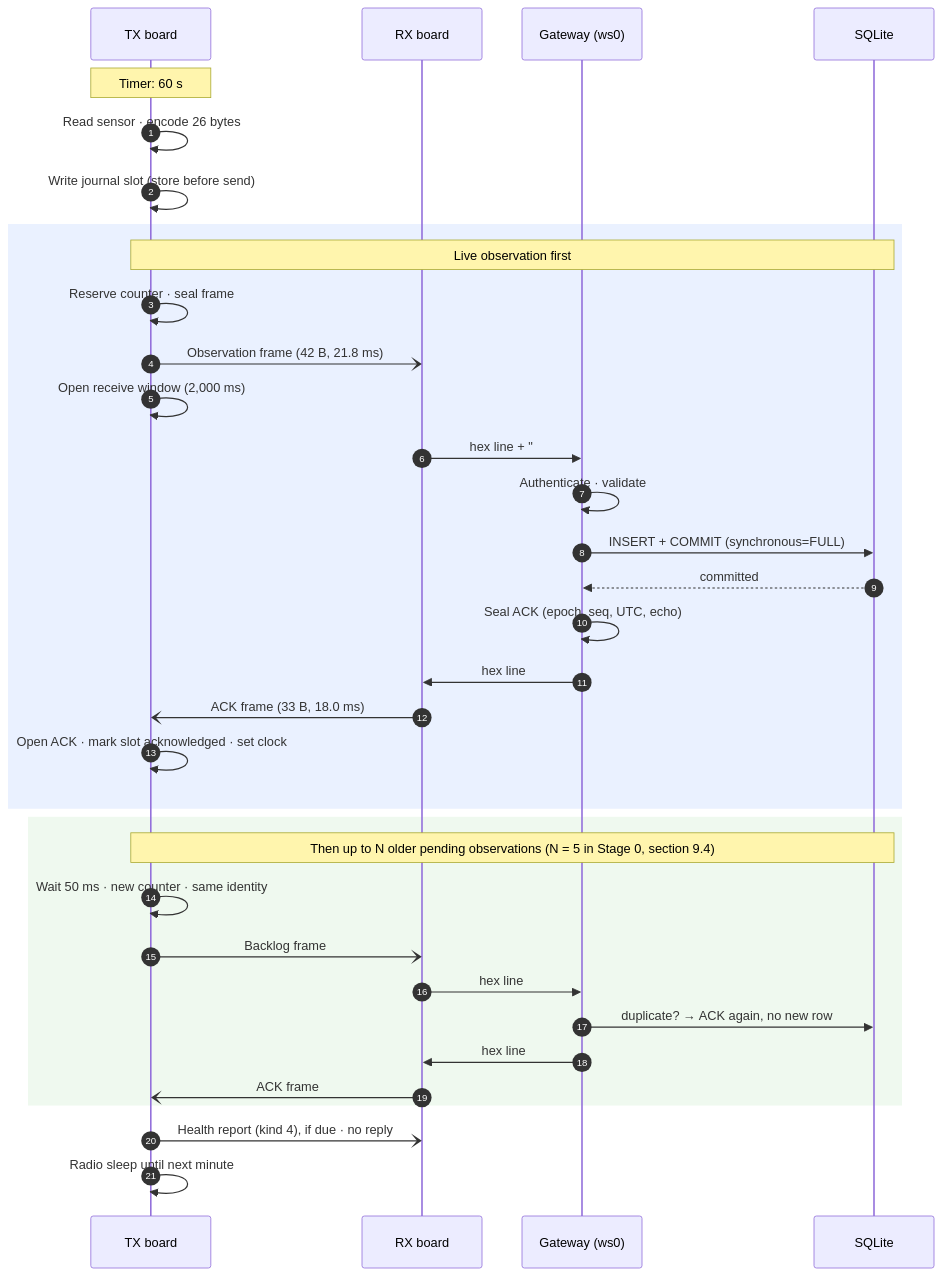
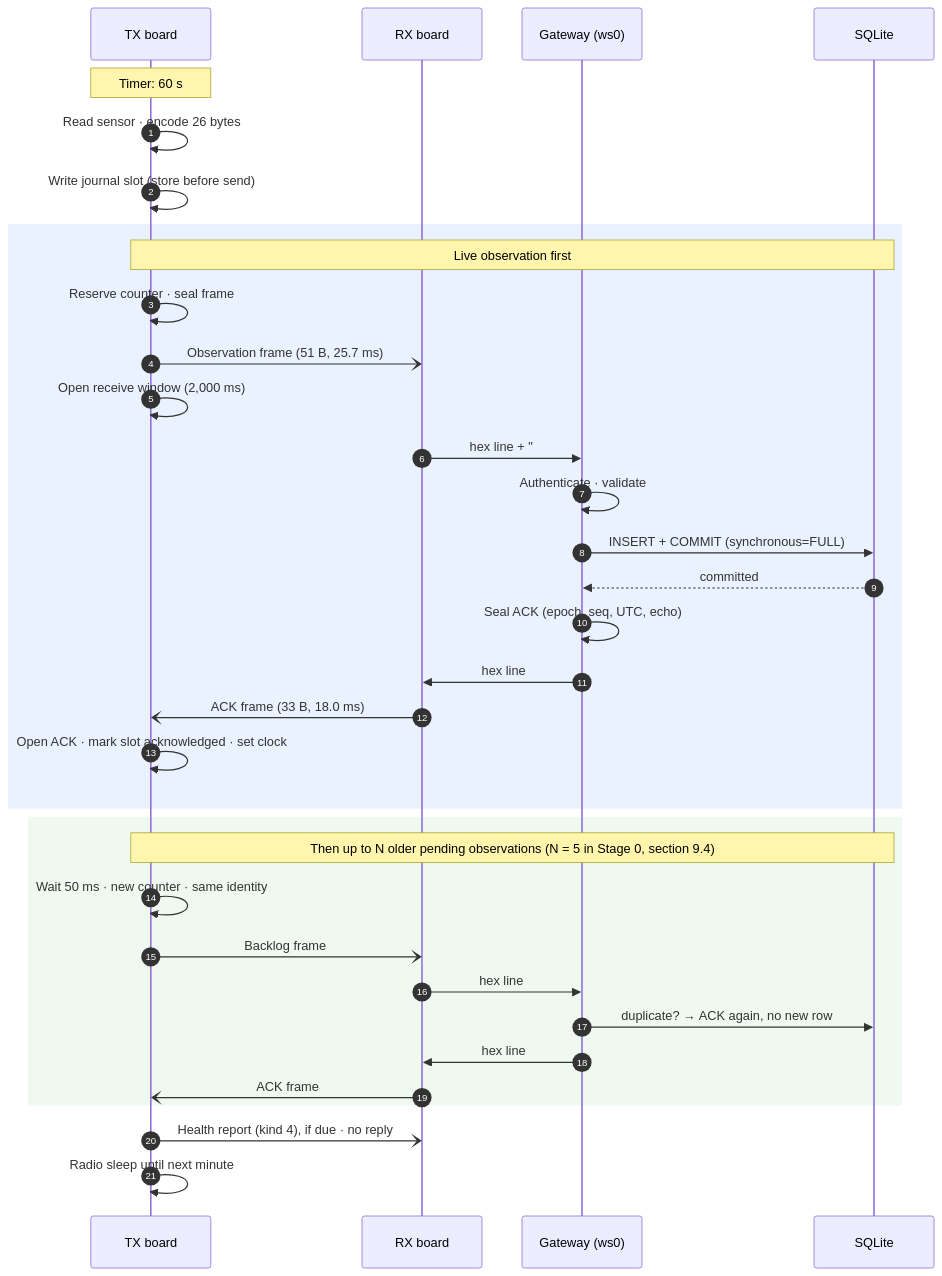
Before and after one commit to clintecker/weather-station-2026: the sixth of 11 diagrams in docs/protocol-stack.md, drawn with Mermaid. The commit also changed other lines of this file and 7 other files, not shown here.

First line of the commit message:
docs: the T/RH observation frame is 51 bytes (with the minute summary), not 42

````diff
--- a/docs/protocol-stack.md
+++ b/docs/protocol-stack.md
@@ -501,36 +501,36 @@
 ```mermaid
 sequenceDiagram
   autonumber
   participant TX as TX board
   participant RX as RX board
   participant GW as Gateway (ws0)
   participant DB as SQLite
   Note over TX: Timer: 60 s
   TX->>TX: Read sensor · encode 26 bytes
   TX->>TX: Write journal slot (store before send)
   rect rgba(80,140,255,0.12)
   Note over TX,DB: Live observation first
   TX->>TX: Reserve counter · seal frame
-  TX-)RX: Observation frame (42 B, 21.8 ms)
+  TX-)RX: Observation frame (51 B, 25.7 ms)
   TX->>TX: Open receive window (2,000 ms)
   RX->>GW: hex line + "#rx obs rssi snr"
   GW->>GW: Authenticate · validate
   GW->>DB: INSERT + COMMIT (synchronous=FULL)
   DB-->>GW: committed
   GW->>GW: Seal ACK (epoch, seq, UTC, echo)
   GW->>RX: hex line
   RX-)TX: ACK frame (33 B, 18.0 ms)
   TX->>TX: Open ACK · mark slot acknowledged · set clock
   end
   rect rgba(120,200,120,0.12)
   Note over TX,DB: Then up to N older pending observations (N = 5 in Stage 0, section 9.4)
   TX->>TX: Wait 50 ms · new counter · same identity
   TX-)RX: Backlog frame
   RX->>GW: hex line
   GW->>DB: duplicate? → ACK again, no new row
   GW->>RX: hex line
   RX-)TX: ACK frame
   end
   TX-)RX: Health report (kind 4), if due · no reply
   TX->>TX: Radio sleep until next minute
 ```
````
